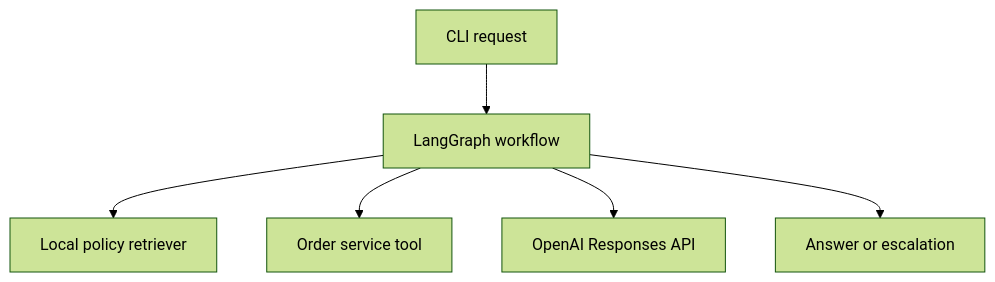
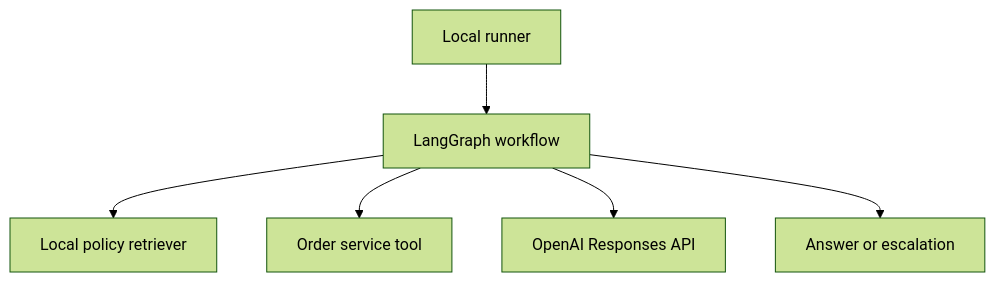
One commit to woliveiras/woliveiras.github.io changed the first of 2 diagrams in src/content/observability-ai-agents/ch-12-reference-architecture-openai-langgraph.mdx. Above: the diagram before and after it, drawn with Mermaid (forest theme).

Commit message:
feat: update flowchart to replace CLI with Local runner in execution path

````diff
--- a/src/content/observability-ai-agents/ch-12-reference-architecture-openai-langgraph.mdx
+++ b/src/content/observability-ai-agents/ch-12-reference-architecture-openai-langgraph.mdx
@@ -22,15 +22,15 @@
 ```mermaid
 flowchart TD
-  CLI[CLI request]
+  Runner[Local runner]
   Graph[LangGraph workflow]
   Retrieval[Local policy retriever]
   Tool[Order service tool]
   OpenAI[OpenAI Responses API]
   Outcome[Answer or escalation]
 
-  CLI --> Graph
+  Runner --> Graph
   Graph --> Retrieval
   Graph --> Tool
   Graph --> OpenAI
   Graph --> Outcome
 ```
````
